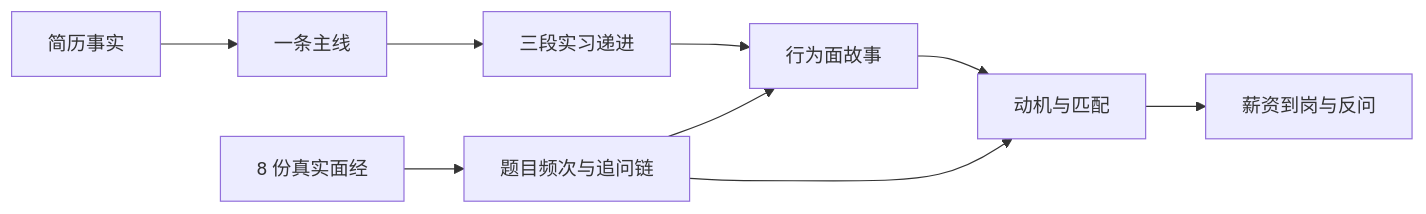
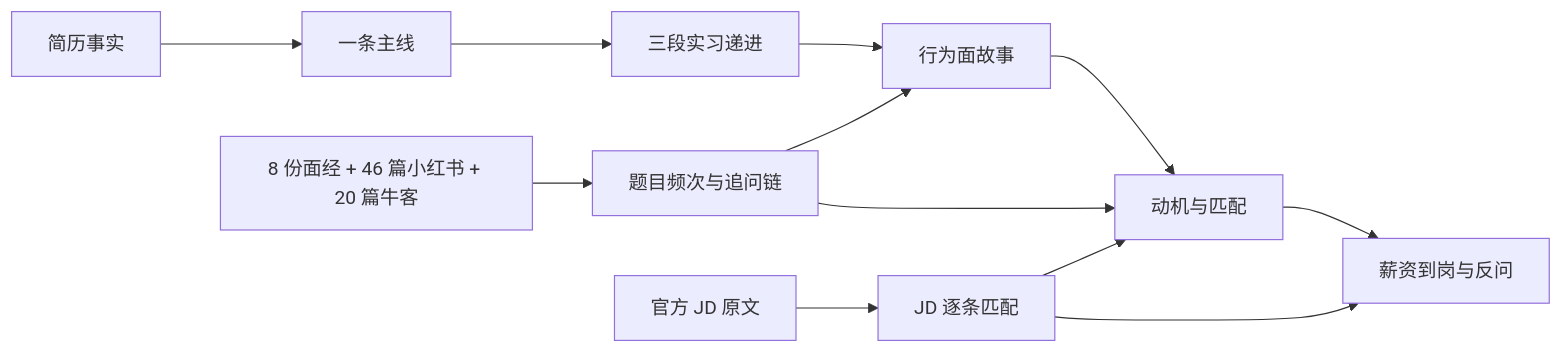
Before and after one commit to yukino-js/26autumn: the diagram in content/interview/hr/index.md, drawn with Mermaid. The commit also changed other lines of this file and 17 other files, not shown here.

````diff
--- a/content/interview/hr/index.md
+++ b/content/interview/hr/index.md
@@ -8,11 +8,14 @@
 ```mermaid
 flowchart LR
   A[简历事实] --> B[一条主线]
   B --> C[三段实习递进]
   C --> D[行为面故事]
   D --> E[动机与匹配]
   E --> F[薪资到岗与反问]
-  G[8 份真实面经] --> H[题目频次与追问链]
+  G[8 份面经 + 46 篇小红书 + 20 篇牛客] --> H[题目频次与追问链]
   H --> D
   H --> E
+  I[官方 JD 原文] --> K[JD 逐条匹配]
+  K --> E
+  K --> F
 ```
````
